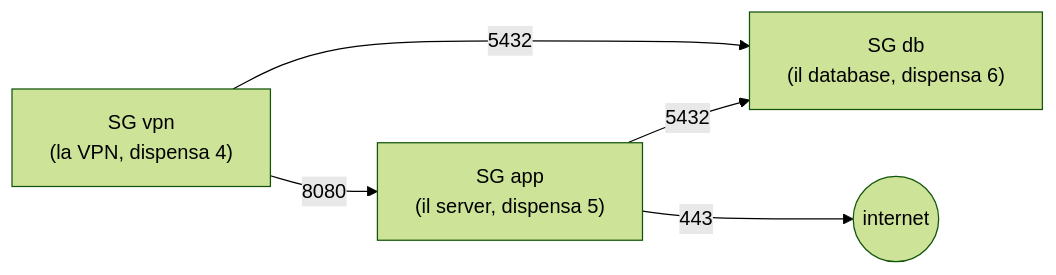
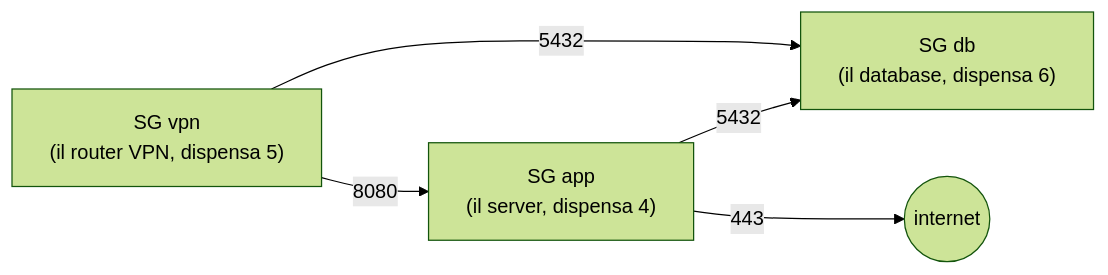
Before and after one commit to cereZ23/aws: the fourth of 4 diagrams in dispense/dispensa-3-firewall.md, drawn with Mermaid (forest theme). The commit also changed other lines of this file and 12 other files, not shown here.

````diff
--- a/dispense/dispensa-3-firewall.md
+++ b/dispense/dispensa-3-firewall.md
@@ -174,11 +174,11 @@
 ```mermaid
 flowchart LR
-    VPN["SG vpn<br/>(la VPN, dispensa 4)"]
-    APP["SG app<br/>(il server, dispensa 5)"]
+    VPN["SG vpn<br/>(il router VPN, dispensa 5)"]
+    APP["SG app<br/>(il server, dispensa 4)"]
     DB["SG db<br/>(il database, dispensa 6)"]
     NET(("internet"))
     VPN -->|"8080"| APP
     VPN -->|"5432"| DB
     APP -->|"5432"| DB
     APP -->|"443"| NET
 ```
````
